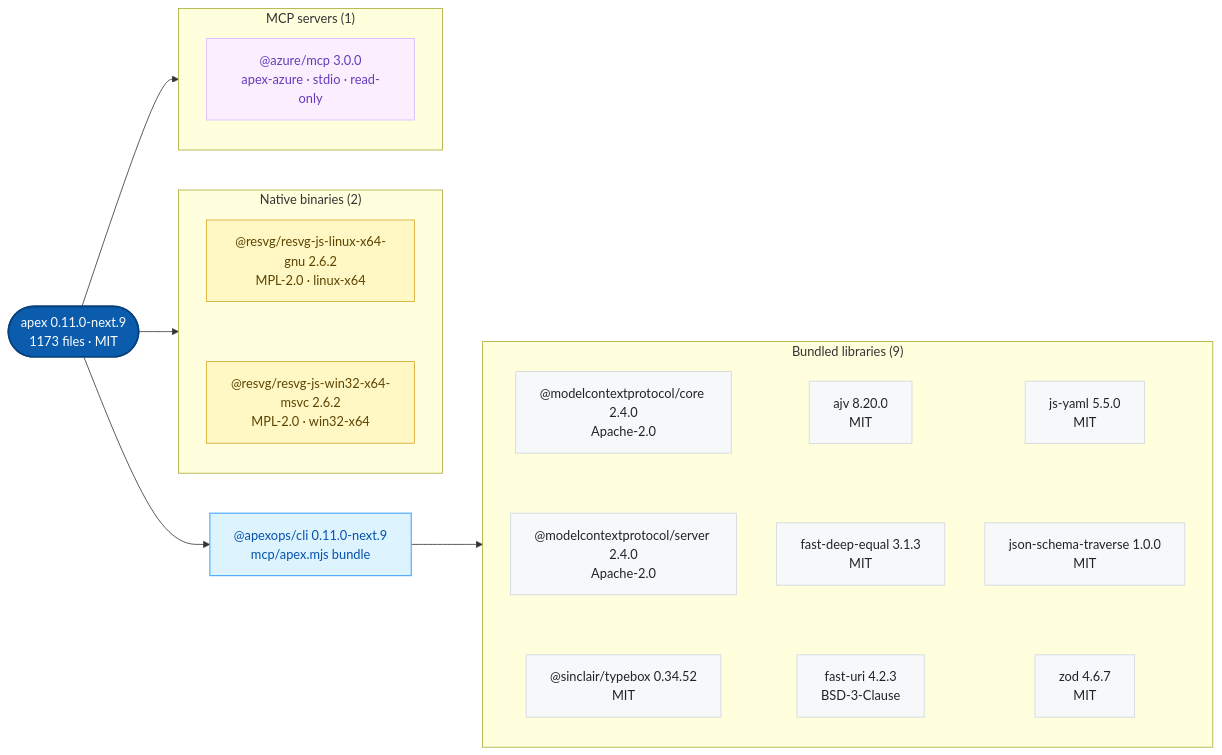
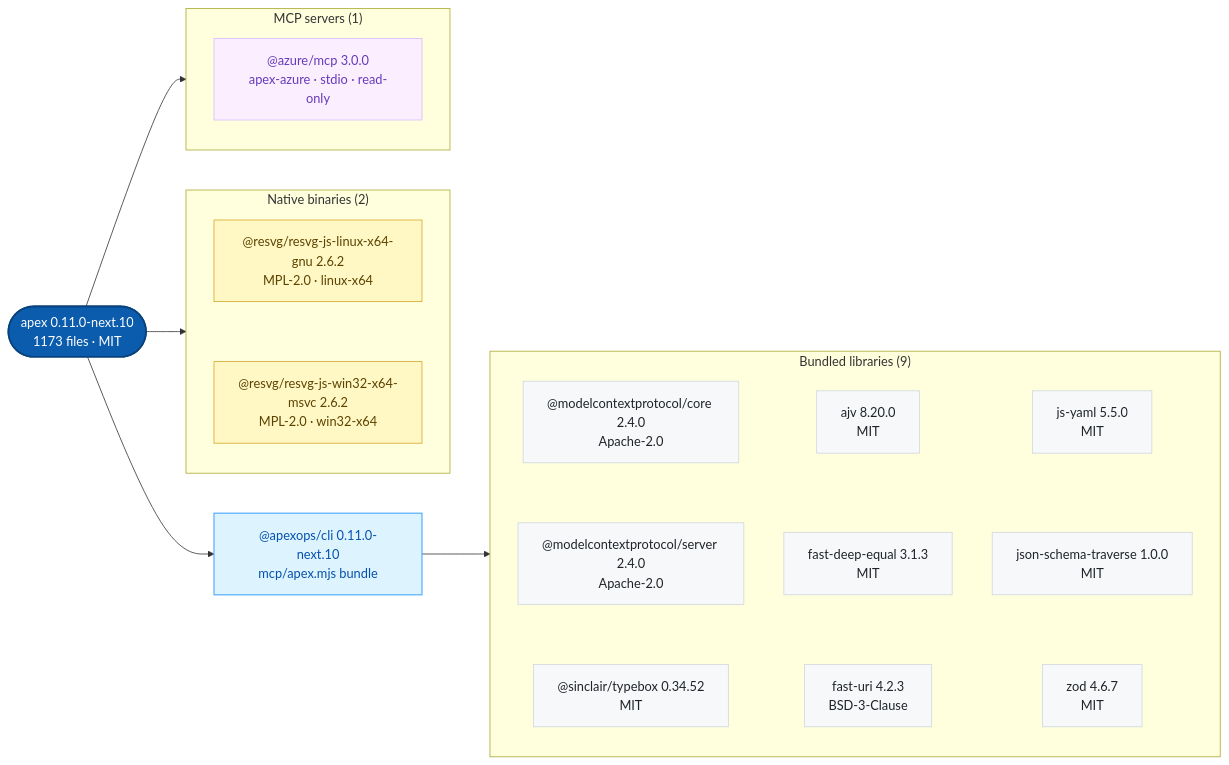
Before and after one commit to jonathan-vella/apex-plugins: the second of 2 diagrams in README.md, drawn with Mermaid. The commit also changed other lines of this file and 13 other files, not shown here.

First line of the commit message:
chore(release): publish apex 0.11.0-next.10 (#14)

````diff
--- a/README.md
+++ b/README.md
@@ -43,41 +43,41 @@
 ```mermaid
 flowchart LR
-    n0(["apex 0.11.0-next.9<br/>1173 files · MIT"])
-    n1["@apexops/cli 0.11.0-next.9<br/>mcp/apex.mjs bundle"]
+    n0(["apex 0.11.0-next.10<br/>1173 files · MIT"])
+    n1["@apexops/cli 0.11.0-next.10<br/>mcp/apex.mjs bundle"]
     subgraph g0["Bundled libraries (9)"]
       n2["@modelcontextprotocol/core 2.4.0<br/>Apache-2.0"]
       n3["@modelcontextprotocol/server 2.4.0<br/>Apache-2.0"]
       n4["@sinclair/typebox 0.34.52<br/>MIT"]
       n5["ajv 8.20.0<br/>MIT"]
       n6["fast-deep-equal 3.1.3<br/>MIT"]
       n7["fast-uri 4.2.3<br/>BSD-3-Clause"]
       n8["js-yaml 5.5.0<br/>MIT"]
       n9["json-schema-traverse 1.0.0<br/>MIT"]
       n10["zod 4.6.7<br/>MIT"]
       n2 ~~~ n3 ~~~ n4
       n5 ~~~ n6 ~~~ n7
       n8 ~~~ n9 ~~~ n10
     end
     subgraph g1["Native binaries (2)"]
       n11["@resvg/resvg-js-linux-x64-gnu 2.6.2<br/>MPL-2.0 · linux-x64"]
       n12["@resvg/resvg-js-win32-x64-msvc 2.6.2<br/>MPL-2.0 · win32-x64"]
       n11 ~~~ n12
     end
     subgraph g2["MCP servers (1)"]
       n13["@azure/mcp 3.0.0<br/>apex-azure · stdio · read-only"]
     end
     n0 --> n1
     n1 --> g0
     n0 --> g1
     n0 --> g2
     classDef plugin fill:#0b5cad,color:#ffffff,stroke:#08427c,stroke-width:2px
     classDef cli fill:#ddf4ff,color:#0550ae,stroke:#54aeff,stroke-width:1.5px
     classDef lib fill:#f6f8fa,color:#1f2328,stroke:#d0d7de
     classDef native fill:#fff8c5,color:#5c4300,stroke:#d4a72c
     classDef service fill:#fbefff,color:#6639ba,stroke:#d8b9ff
     class n0 plugin
     class n1 cli
     class n2,n3,n4,n5,n6,n7,n8,n9,n10 lib
     class n11,n12 native
     class n13 service
 ```
````
